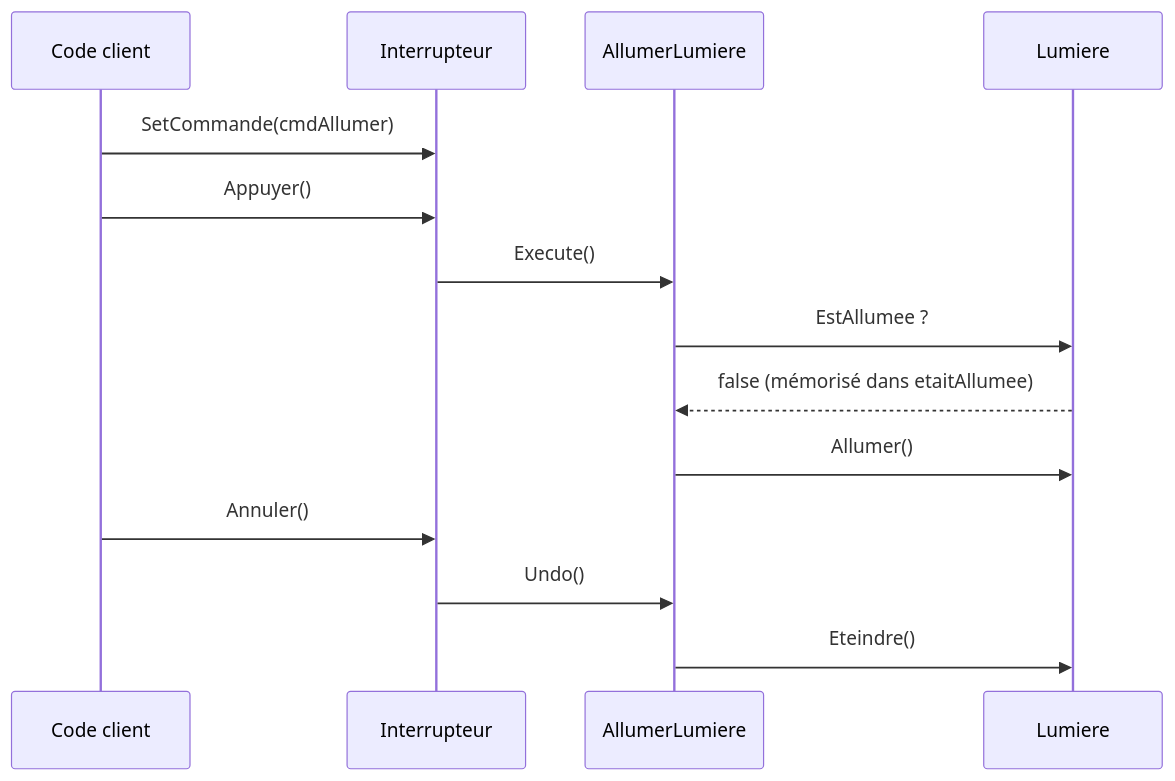
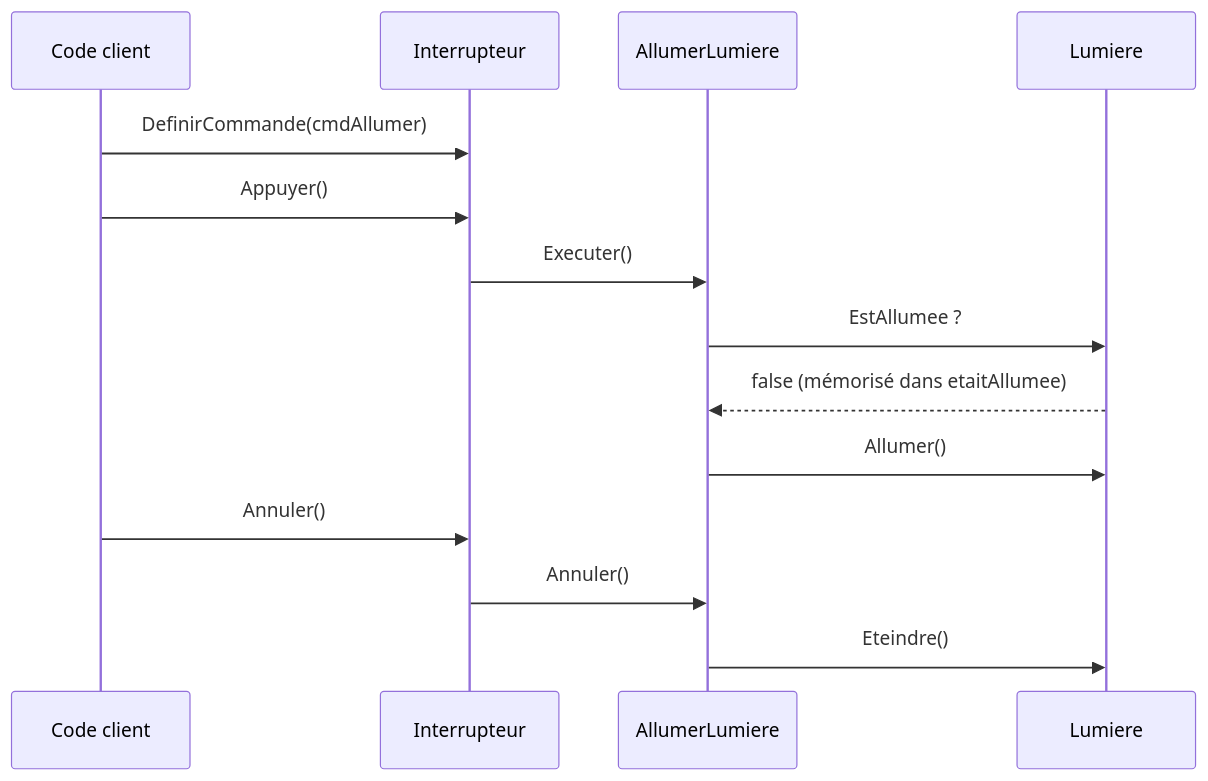
Before and after one commit to JulesGilli/object-oriented-programming-course: the second of 2 diagrams in Chapitre 2/Partie III — Patterns Comportementaux/10. Command.md, drawn with Mermaid. The commit also changed other lines of this file and 24 other files, not shown here.

````diff
--- a/Chapitre 2/Partie III — Patterns Comportementaux/10. Command.md
+++ b/Chapitre 2/Partie III — Patterns Comportementaux/10. Command.md
@@ -224,16 +224,16 @@
 ```mermaid
 sequenceDiagram
     participant Client as Code client
     participant I as Interrupteur
     participant Cmd as AllumerLumiere
     participant L as Lumiere
-    Client->>I: SetCommande(cmdAllumer)
+    Client->>I: DefinirCommande(cmdAllumer)
     Client->>I: Appuyer()
-    I->>Cmd: Execute()
+    I->>Cmd: Executer()
     Cmd->>L: EstAllumee ?
     L-->>Cmd: false (mémorisé dans etaitAllumee)
     Cmd->>L: Allumer()
     Client->>I: Annuler()
-    I->>Cmd: Undo()
+    I->>Cmd: Annuler()
     Cmd->>L: Eteindre()
 ```
````
